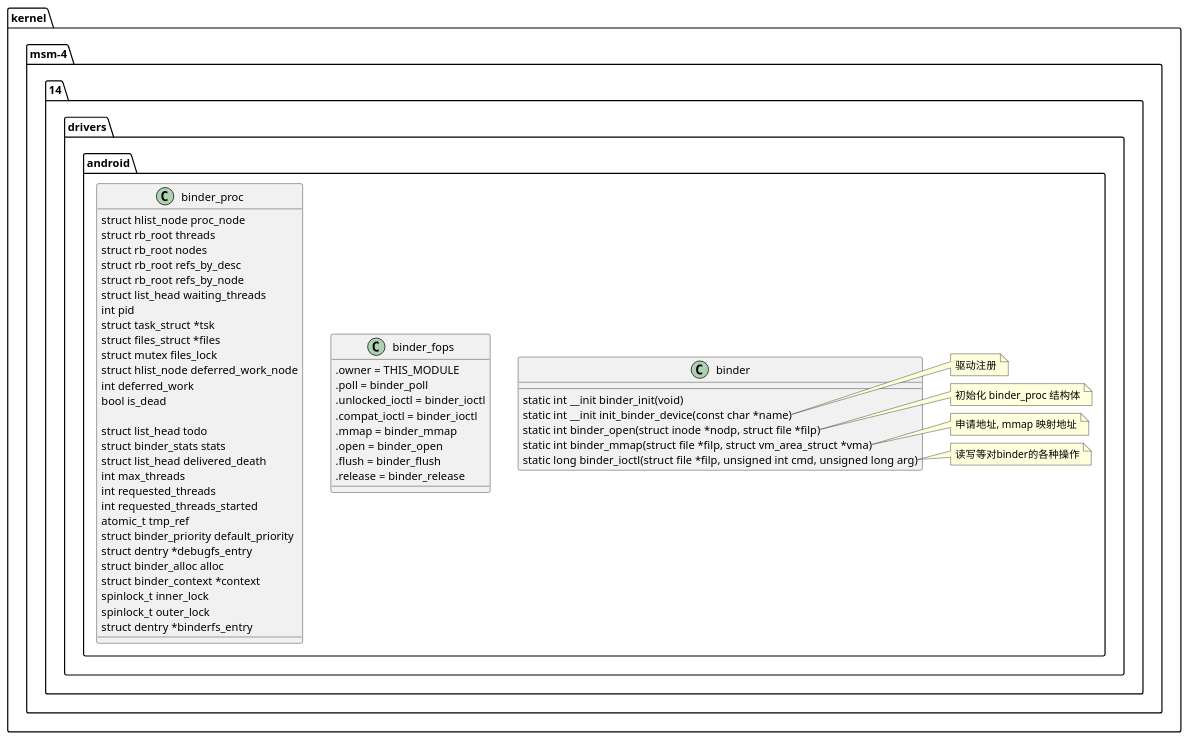
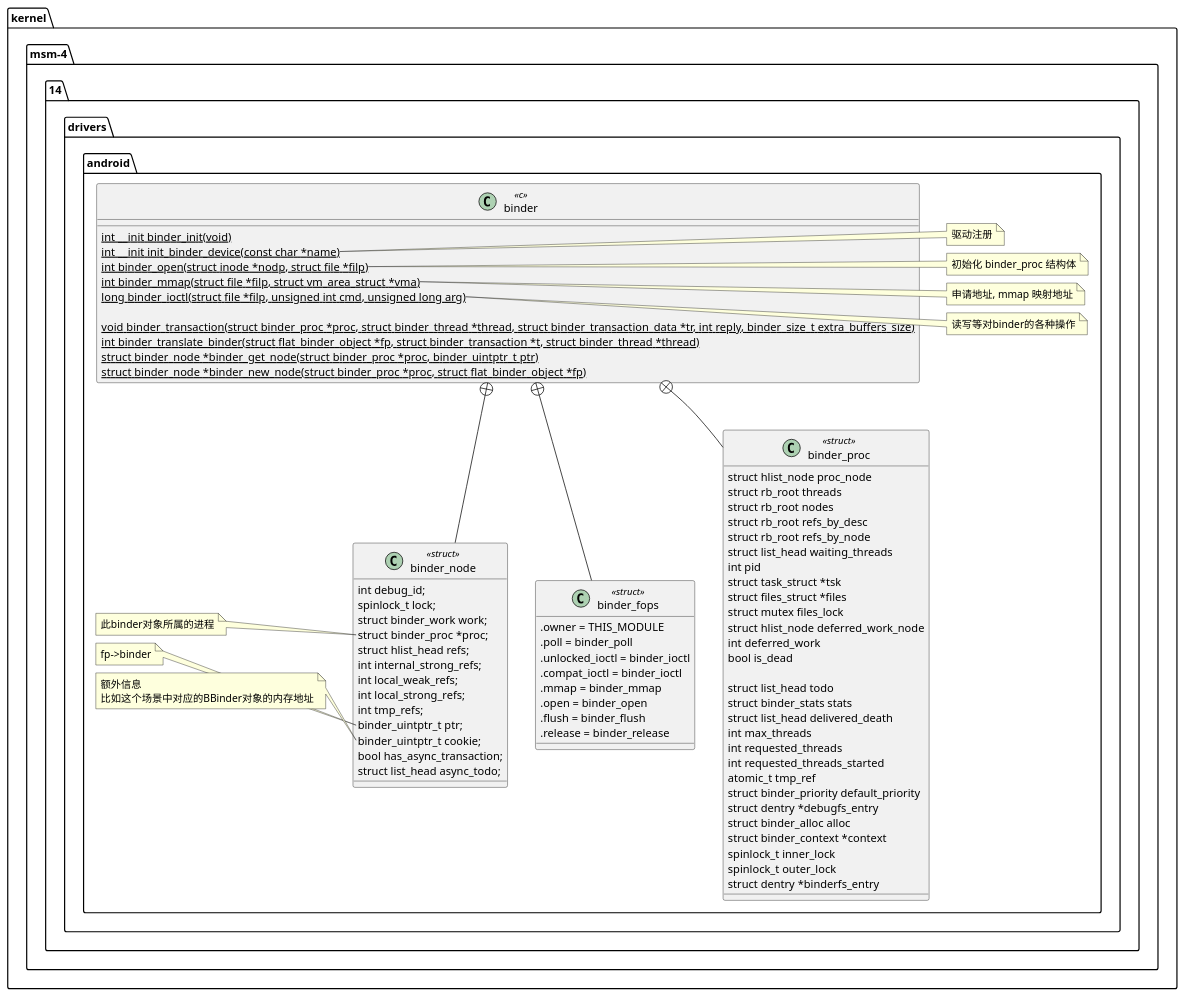
The diagram in doc/binder/binder/binderClass.puml (anlc/CCamera), drawn with PlantUML before and after one commit. The commit also changed 8 other files, not shown here.

```diff
--- a/doc/binder/binder/binderClass.puml
+++ b/doc/binder/binder/binderClass.puml
@@ -1,70 +1,107 @@
 @startuml
 
 namespace kernel.msm-4.14.drivers.android{
-    class binder{
-        static int __init binder_init(void)
-        static int __init init_binder_device(const char *name)
-        static int binder_open(struct inode *nodp, struct file *filp)
-        static int binder_mmap(struct file *filp, struct vm_area_struct *vma)
-        static long binder_ioctl(struct file *filp, unsigned int cmd, unsigned long arg)
+
+    class binder<<c>>{
+        {static} int __init binder_init(void)
+        {static} int __init init_binder_device(const char *name)
+        {static} int binder_open(struct inode *nodp, struct file *filp)
+        {static} int binder_mmap(struct file *filp, struct vm_area_struct *vma)
+        {static} long binder_ioctl(struct file *filp, unsigned int cmd, unsigned long arg)
+
+        {static} void binder_transaction(struct binder_proc *proc, struct binder_thread *thread, struct binder_transaction_data *tr, int reply, binder_size_t extra_buffers_size)
+        {static} int binder_translate_binder(struct flat_binder_object *fp, struct binder_transaction *t, struct binder_thread *thread)
+        {static} struct binder_node *binder_get_node(struct binder_proc *proc, binder_uintptr_t ptr)
+        {static} struct binder_node *binder_new_node(struct binder_proc *proc, struct flat_binder_object *fp)
     }
 
     note right of binder::init_binder_device
     驱动注册
     end note
 
     note right of binder::binder_open
     初始化 binder_proc 结构体
     end note
 
     note right of binder::binder_mmap
     申请地址, mmap 映射地址
     end note
 
     note right of binder::binder_ioctl
     读写等对binder的各种操作
     end note
 
-    class binder_fops{
+    class binder_fops<<struct>>{
         .owner = THIS_MODULE
         .poll = binder_poll
         .unlocked_ioctl = binder_ioctl
         .compat_ioctl = binder_ioctl
         .mmap = binder_mmap
         .open = binder_open
         .flush = binder_flush
         .release = binder_release
     }
 
-    class binder_proc {
+    class binder_proc<<struct>> {
         struct hlist_node proc_node
         struct rb_root threads
         struct rb_root nodes
         struct rb_root refs_by_desc
         struct rb_root refs_by_node
         struct list_head waiting_threads
         int pid
         struct task_struct *tsk
         struct files_struct *files
         struct mutex files_lock
         struct hlist_node deferred_work_node
         int deferred_work
         bool is_dead
 
         struct list_head todo
         struct binder_stats stats
         struct list_head delivered_death
         int max_threads
         int requested_threads
         int requested_threads_started
         atomic_t tmp_ref
         struct binder_priority default_priority
         struct dentry *debugfs_entry
         struct binder_alloc alloc
         struct binder_context *context
         spinlock_t inner_lock
         spinlock_t outer_lock
         struct dentry *binderfs_entry
     }
 
-    @enduml
+    class binder_node<<struct>> {
+        int debug_id;
+        spinlock_t lock;
+        struct binder_work work;
+        struct binder_proc *proc;
+        struct hlist_head refs;
+        int internal_strong_refs;
+        int local_weak_refs;
+        int local_strong_refs;
+        int tmp_refs;
+        binder_uintptr_t ptr;
+        binder_uintptr_t cookie;
+        bool has_async_transaction;
+        struct list_head async_todo;
+    }
+
+    note left of binder_node::binder_proc
+    此binder对象所属的进程
+    end note
+    note left of binder_node::ptr
+    fp->binder
+    end note
+    note left of binder_node::cookie
+    额外信息
+    比如这个场景中对应的BBinder对象的内存地址
+    end note
+
+    binder +-- binder_proc
+    binder +-- binder_fops
+    binder +-- binder_node
+}
+@enduml
```
